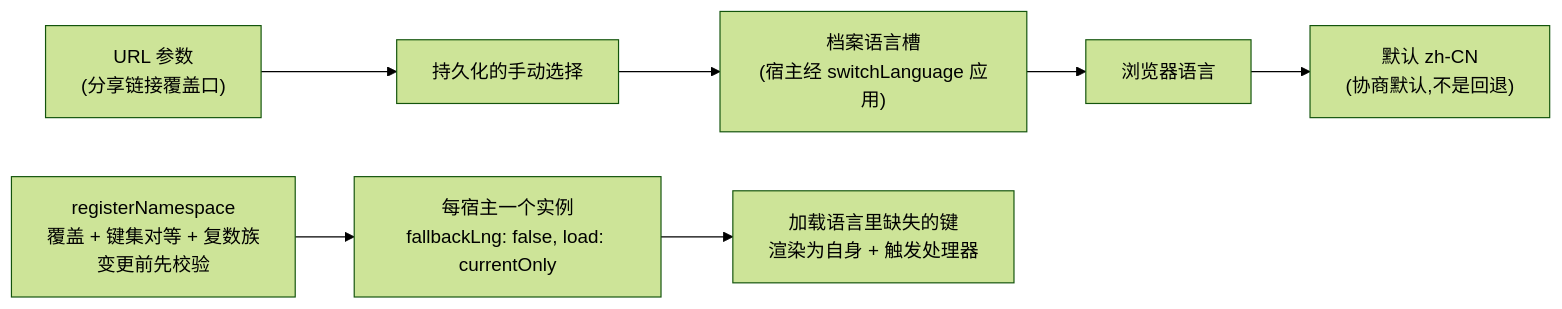
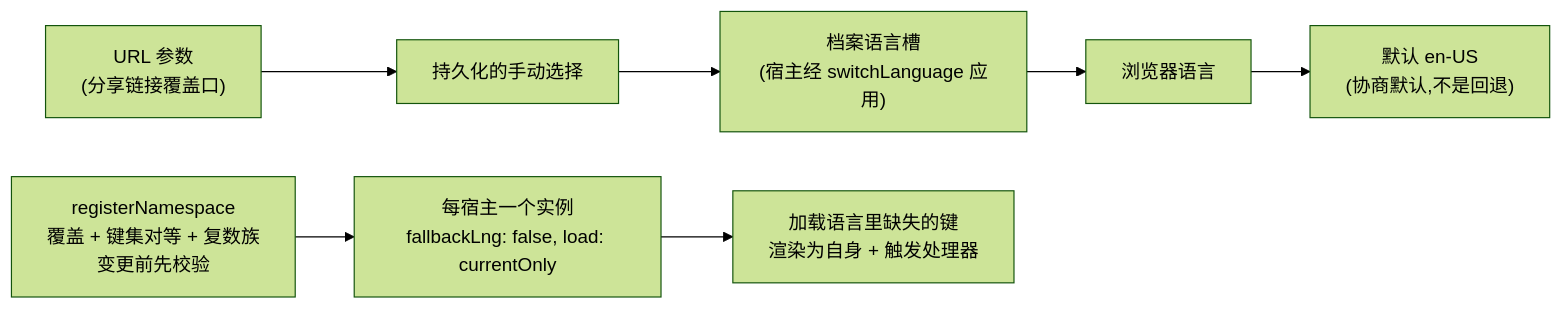
One commit to vislake/speed changed the diagram in docs/site/content.zh-cn/docs/developer-docs/modules/web/i18n.md. Above: the diagram before and after it, drawn with Mermaid (forest theme). The commit also changed other lines of this file and 49 other files, not shown here.

````diff
--- a/docs/site/content.zh-cn/docs/developer-docs/modules/web/i18n.md
+++ b/docs/site/content.zh-cn/docs/developer-docs/modules/web/i18n.md
@@ -37,9 +37,9 @@
 ```mermaid
 flowchart LR
     U["URL 参数<br/>(分享链接覆盖口)"] --> S["持久化的手动选择"]
     S --> P["档案语言槽<br/>(宿主经 switchLanguage 应用)"]
     P --> N["浏览器语言"]
-    N --> D["默认 zh-CN<br/>(协商默认,不是回退)"]
+    N --> D["默认 en-US<br/>(协商默认,不是回退)"]
     R["registerNamespace<br/>覆盖 + 键集对等 + 复数族<br/>变更前先校验"] --> I["每宿主一个实例<br/>fallbackLng: false, load: currentOnly"]
     I --> M["加载语言里缺失的键<br/>渲染为自身 + 触发处理器"]
 ```
````
